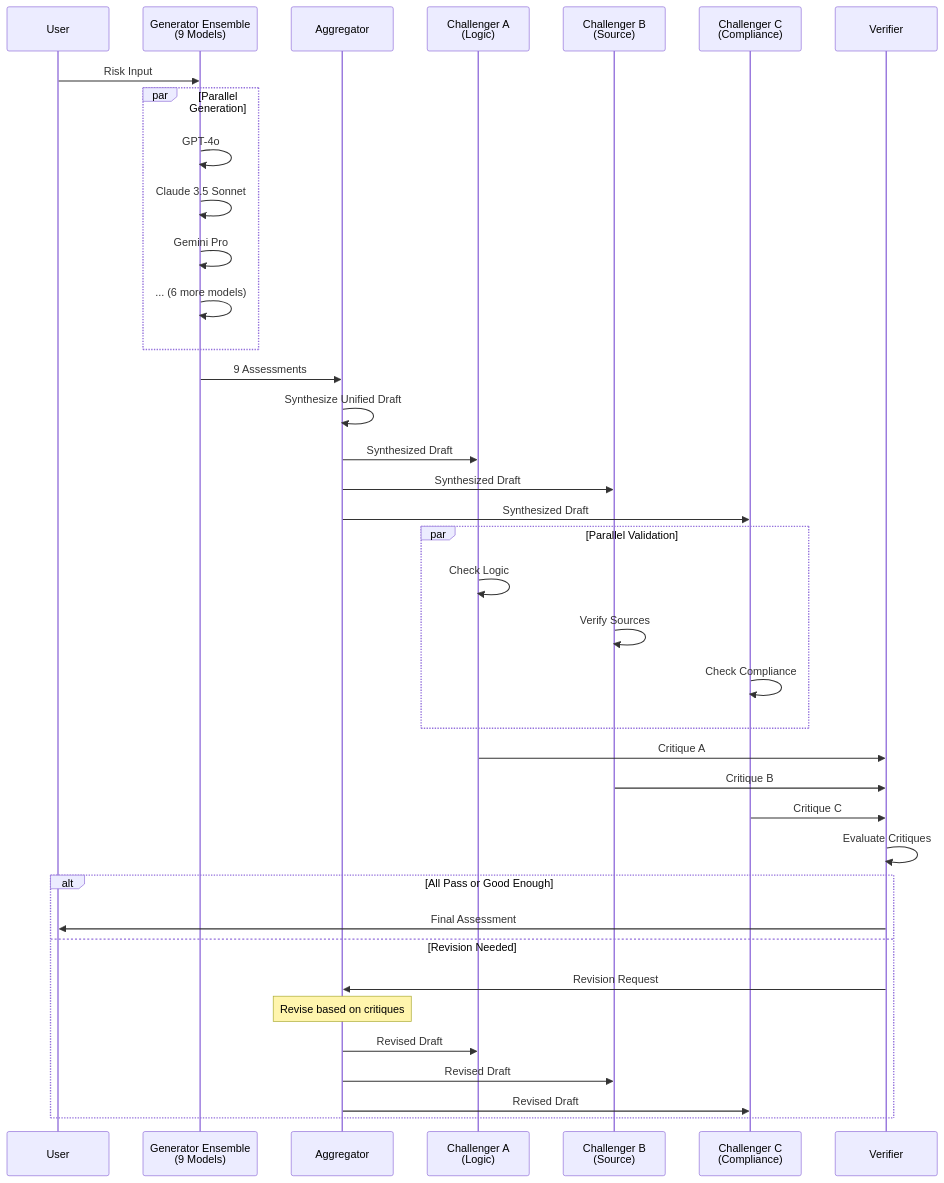
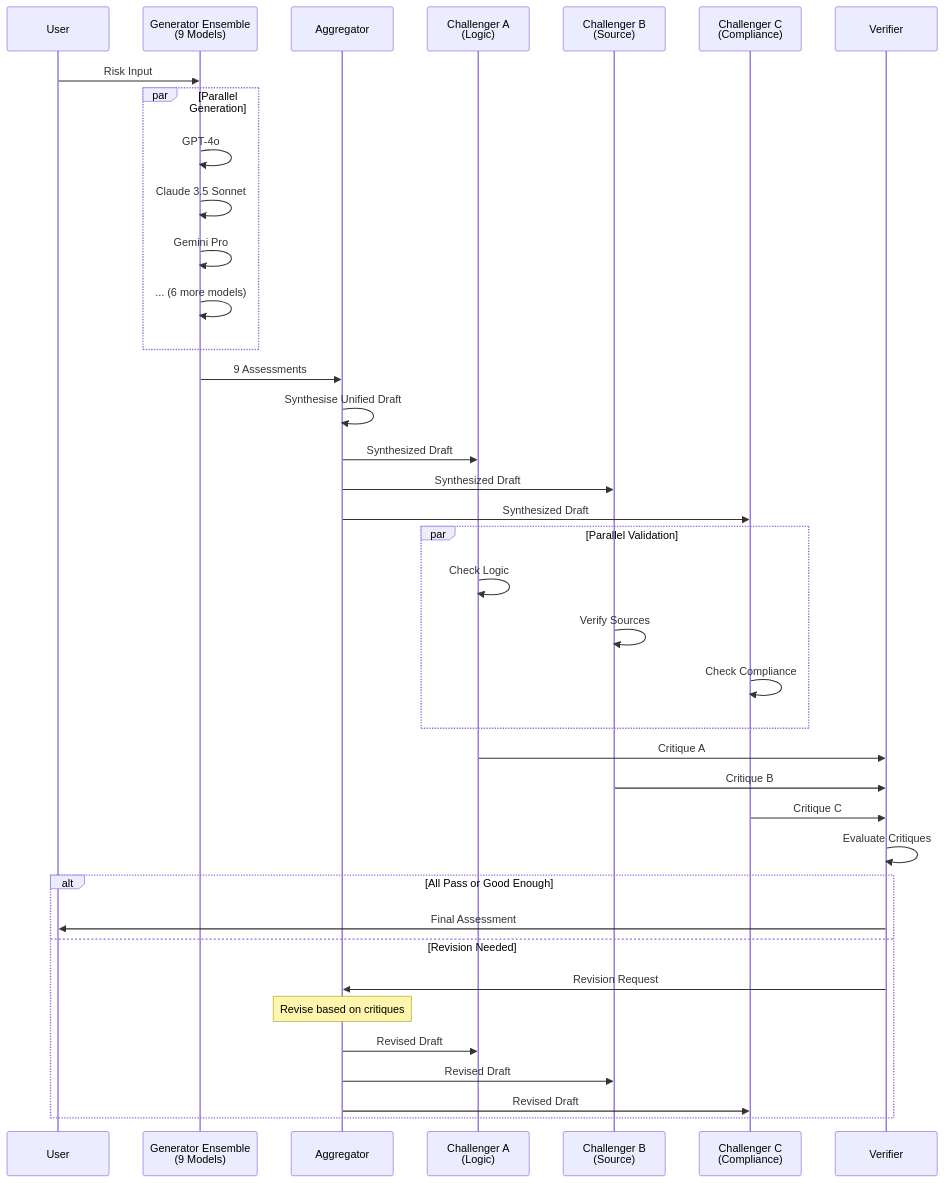
One commit to Brishian427/IOT-risk-assessment-mas changed the second of 2 diagrams in README.md. Above: the diagram before and after it, drawn with Mermaid. The commit also changed other lines of this file, not shown here.

````diff
--- a/README.md
+++ b/README.md
@@ -58,46 +92,46 @@
 ```mermaid
 sequenceDiagram
     participant User
     participant GenEnsemble as Generator Ensemble<br/>(9 Models)
     participant Aggregator
     participant ChallengerA as Challenger A<br/>(Logic)
     participant ChallengerB as Challenger B<br/>(Source)
     participant ChallengerC as Challenger C<br/>(Compliance)
     participant Verifier
     
     User->>GenEnsemble: Risk Input
     par Parallel Generation
         GenEnsemble->>GenEnsemble: GPT-4o
         GenEnsemble->>GenEnsemble: Claude 3.5 Sonnet
         GenEnsemble->>GenEnsemble: Gemini Pro
         GenEnsemble->>GenEnsemble: ... (6 more models)
     end
     GenEnsemble->>Aggregator: 9 Assessments
     
-    Aggregator->>Aggregator: Synthesize Unified Draft
+    Aggregator->>Aggregator: Synthesise Unified Draft
     Aggregator->>ChallengerA: Synthesized Draft
     Aggregator->>ChallengerB: Synthesized Draft
     Aggregator->>ChallengerC: Synthesized Draft
     
     par Parallel Validation
         ChallengerA->>ChallengerA: Check Logic
         ChallengerB->>ChallengerB: Verify Sources
         ChallengerC->>ChallengerC: Check Compliance
     end
     
     ChallengerA->>Verifier: Critique A
     ChallengerB->>Verifier: Critique B
     ChallengerC->>Verifier: Critique C
     
     Verifier->>Verifier: Evaluate Critiques
     
     alt All Pass or Good Enough
         Verifier->>User: Final Assessment
     else Revision Needed
         Verifier->>Aggregator: Revision Request
         Note over Aggregator: Revise based on critiques
         Aggregator->>ChallengerA: Revised Draft
         Aggregator->>ChallengerB: Revised Draft
         Aggregator->>ChallengerC: Revised Draft
     end
 ```
````
